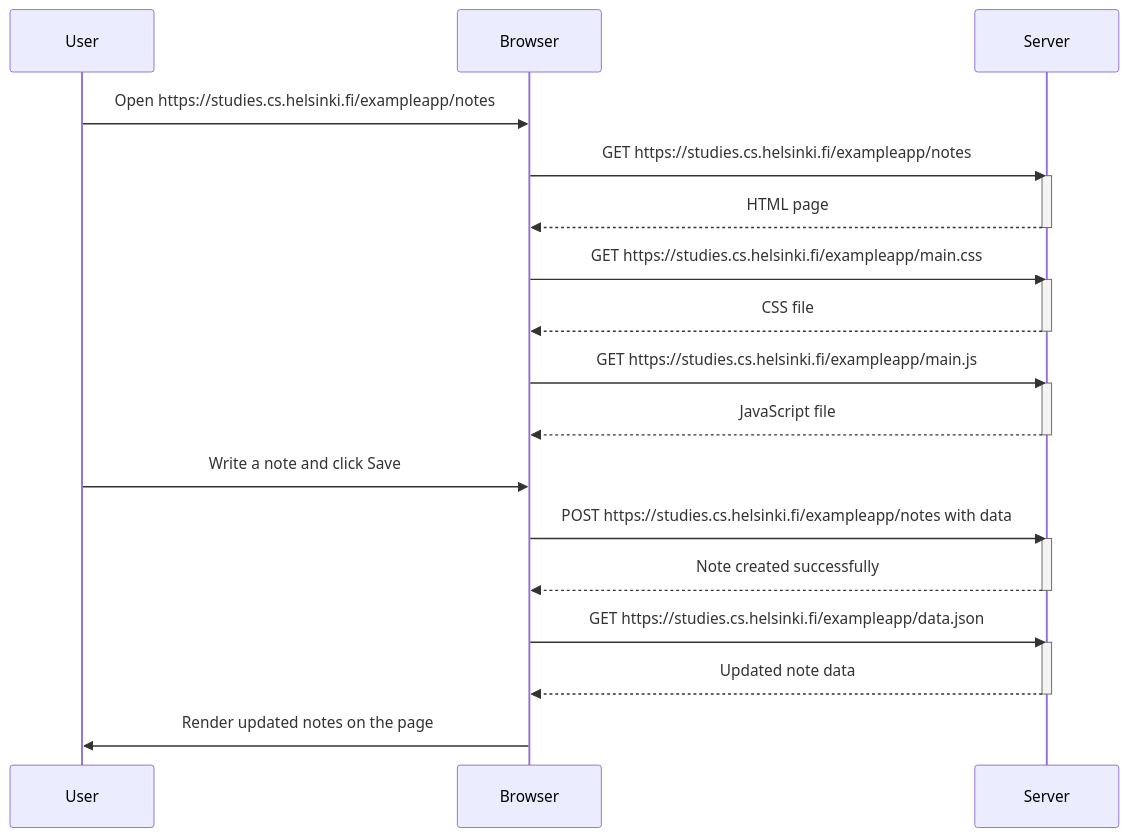
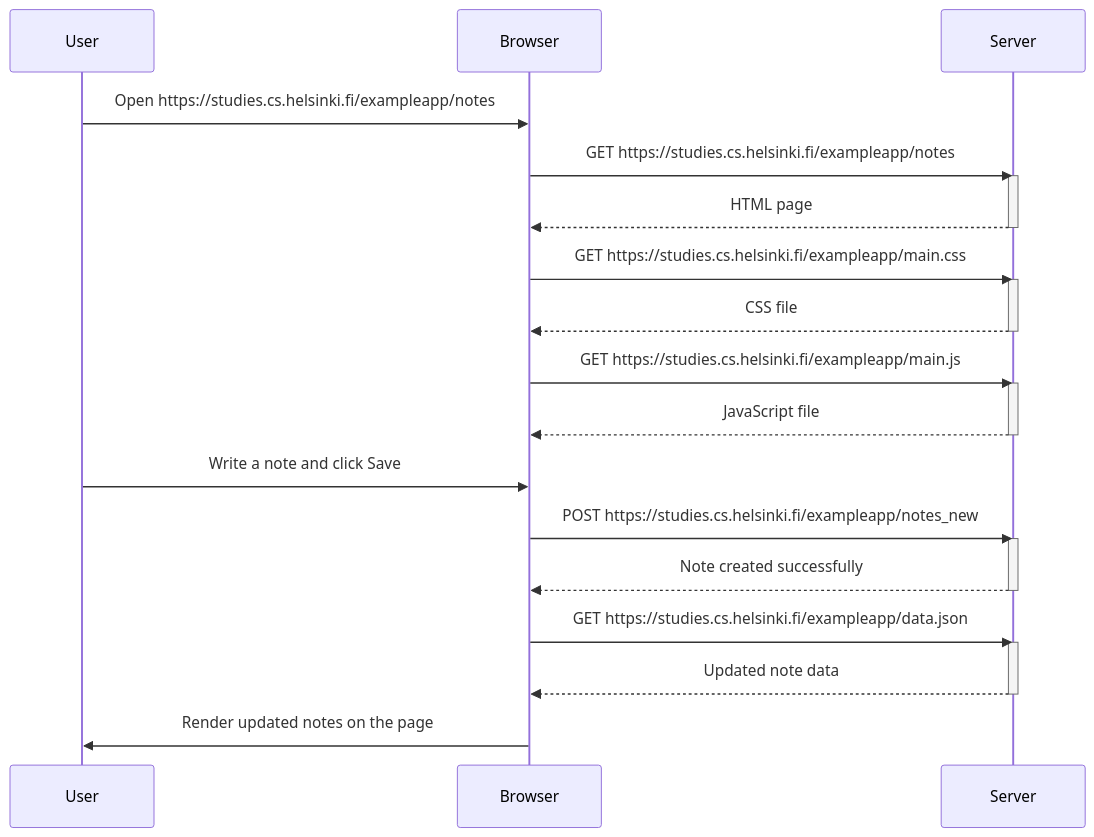
One commit to VictoriiaShtyreva/FullstackOpenUniversity changed the diagram in part0/exercise0.4.md. Above: the diagram before and after it, drawn with Mermaid.

````diff
--- a/part0/exercise0.4.md
+++ b/part0/exercise0.4.md
@@ -3,34 +3,34 @@
 ```mermaid
 sequenceDiagram
     participant User
     participant Browser
     participant Server
 
     User->>Browser: Open https://studies.cs.helsinki.fi/exampleapp/notes
     Browser->>Server: GET https://studies.cs.helsinki.fi/exampleapp/notes
     activate Server
     Server-->>Browser: HTML page
     deactivate Server
     Browser->>Server: GET https://studies.cs.helsinki.fi/exampleapp/main.css
     activate Server
     Server-->>Browser: CSS file
     deactivate Server
     Browser->>Server: GET https://studies.cs.helsinki.fi/exampleapp/main.js
     activate Server
     Server-->>Browser: JavaScript file
     deactivate Server
 
     User->>Browser: Write a note and click Save
-    Browser->>Server: POST https://studies.cs.helsinki.fi/exampleapp/notes with data
+    Browser->>Server: POST https://studies.cs.helsinki.fi/exampleapp/notes_new
     activate Server
     Server-->>Browser: Note created successfully
     deactivate Server
 
     Browser->>Server: GET https://studies.cs.helsinki.fi/exampleapp/data.json
     activate Server
     Server-->>Browser: Updated note data
     deactivate Server
 
     Browser->>User: Render updated notes on the page
     
 ```
````
